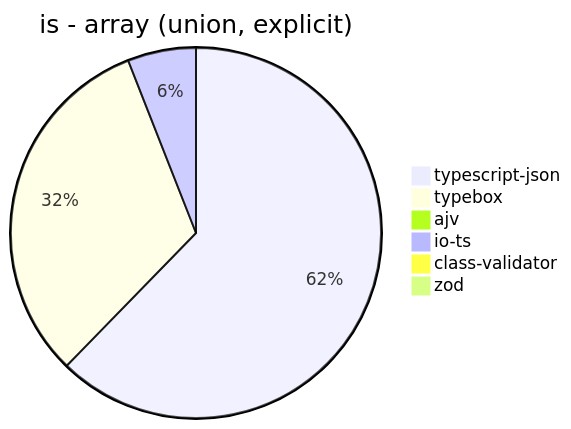
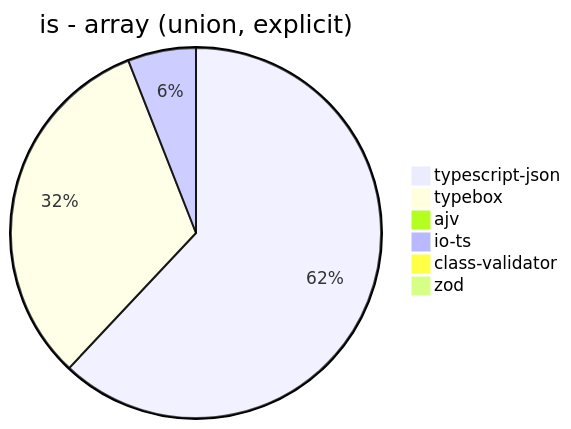
The sixth of 39 diagrams in benchmark/results/AMD Ryzen 7 5800H with Radeon Graphics.md (samchon/typia), drawn with Mermaid before and after one commit. The commit also changed other lines of this file and 3 other files, not shown here.

````diff
--- a/benchmark/results/AMD Ryzen 7 5800H with Radeon Graphics.md
+++ b/benchmark/results/AMD Ryzen 7 5800H with Radeon Graphics.md
@@ -76,9 +76,9 @@
 ```mermaid
 pie title is - array (union, explicit)
-  "typescript-json": 4033.308931185944
-  "typebox": 2055.6586270871985
+  "typescript-json": 3811.5619788771537
+  "typebox": 1970.2616224355356
   "ajv": 0
-  "io-ts": 386.13861386138615
-  "class-validator": 6.873490618614156
-  "zod": 2.8079371022089106
+  "io-ts": 365.78503095104105
+  "class-validator": 6.912861560851374
+  "zod": 2.826988315114964
 ```
````
